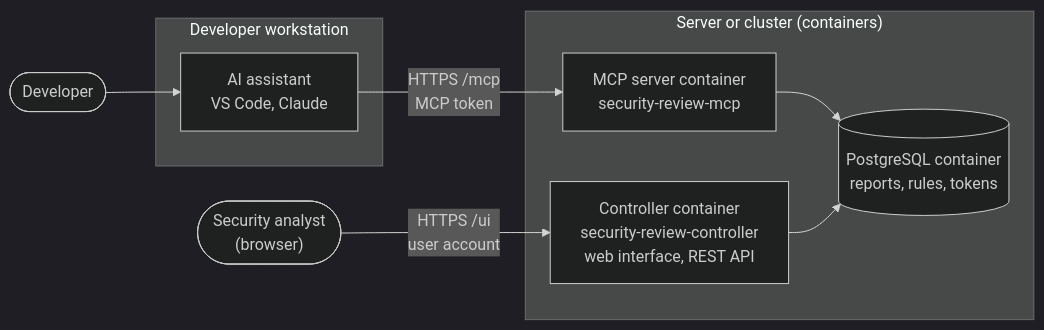
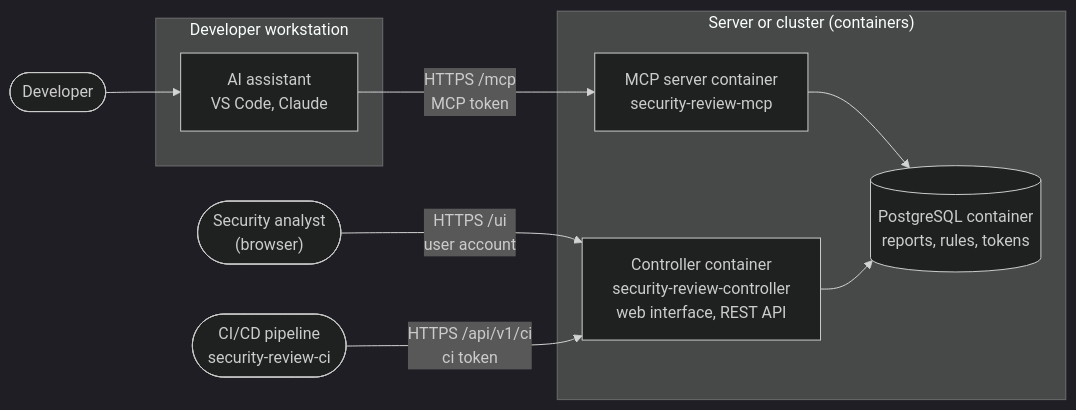
Before and after one commit to cyr-ius/security-review: the third of 3 diagrams in docs/index.md, drawn with Mermaid (dark theme). The commit also changed other lines of this file and 80 other files, not shown here.

````diff
--- a/docs/index.md
+++ b/docs/index.md
@@ -150,17 +157,19 @@
 ```mermaid
 flowchart LR
     dev(["Developer"]) --> agent
     subgraph ws["Developer workstation"]
         agent["AI assistant<br/>VS Code, Claude"]
     end
     analyst(["Security analyst<br/>(browser)"])
+    ci(["CI/CD pipeline<br/>security-review-ci"])
     subgraph srv["Server or cluster (containers)"]
         mcp["MCP server container<br/>security-review-mcp"]
         ctl["Controller container<br/>security-review-controller<br/>web interface, REST API"]
         pg[("PostgreSQL container<br/>reports, rules, tokens")]
     end
     agent -- "HTTPS /mcp<br/>MCP token" --> mcp
     analyst -- "HTTPS /ui<br/>user account" --> ctl
+    ci -- "HTTPS /api/v1/ci<br/>ci token" --> ctl
     mcp --> pg
     ctl --> pg
 ```
````
